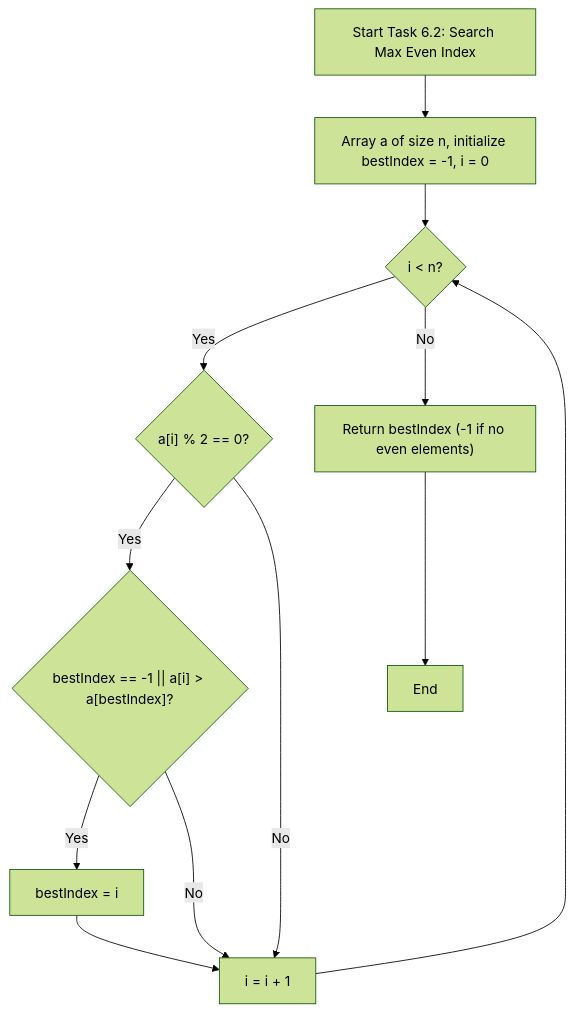
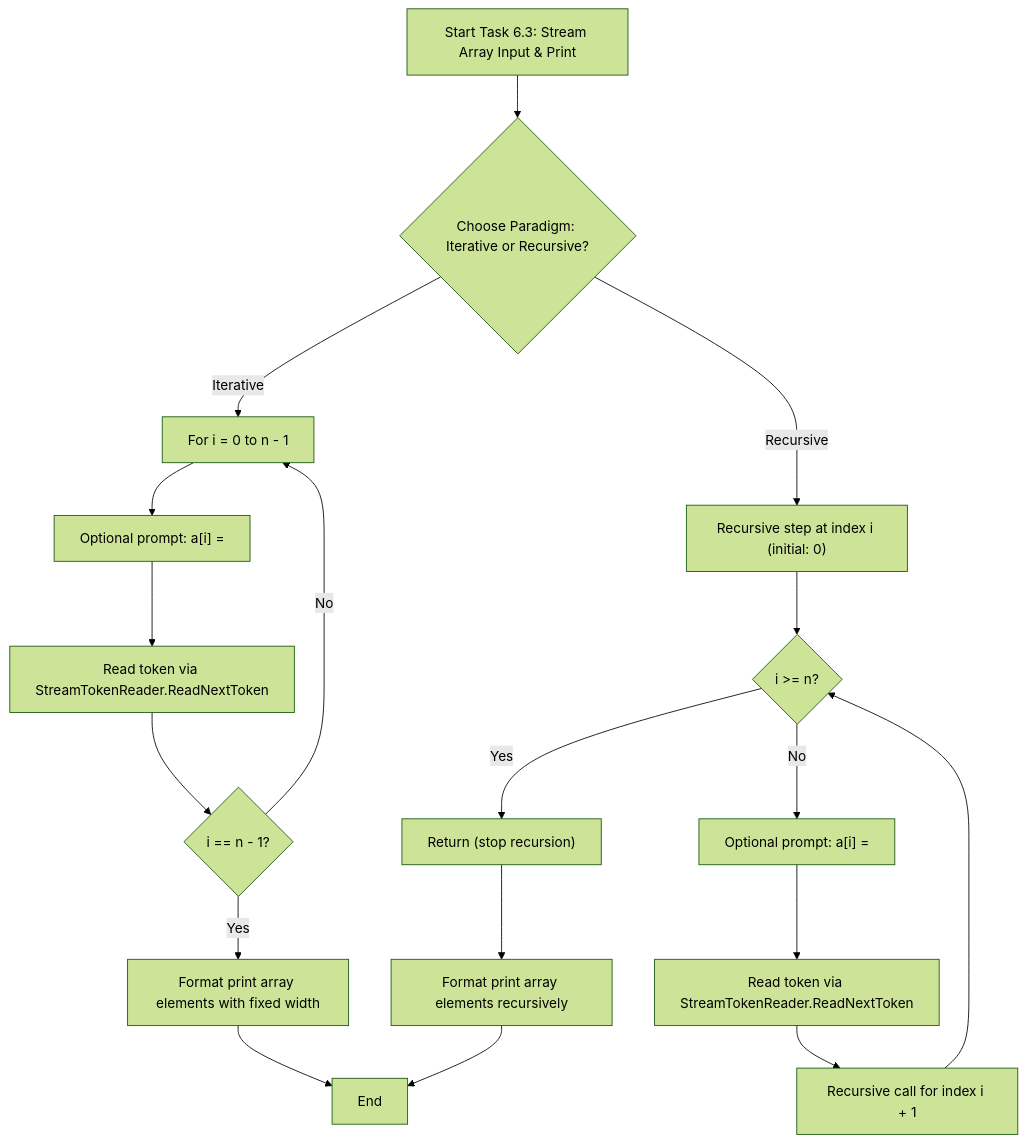
The first of 3 diagrams in Lb6/README.md (lviv-polytech/alg-cs-labs), drawn with Mermaid (forest theme) before and after one commit. The commit also changed other lines of this file and 4 other files, not shown here.

Commit message:
feat(lab-06): implement task 6.3 array input and format printing via ordinary and generic methods

````diff
--- a/Lb6/README.md
+++ b/Lb6/README.md
@@ -46,14 +52,23 @@
 ```mermaid
 flowchart TD
-    Start["Start Task 6.2: Search Max Even Index"] --> Input["Array a of size n, initialize bestIndex = -1, i = 0"]
-    Input --> CheckEnd{"i < n?"}
-    CheckEnd -- "Yes" --> CheckEven{"a[i] % 2 == 0?"}
-    CheckEven -- "Yes" --> Compare{"bestIndex == -1 || a[i] > a[bestIndex]?"}
-    Compare -- "Yes" --> UpdateBest["bestIndex = i"]
-    Compare -- "No" --> NextStep["i = i + 1"]
-    CheckEven -- "No" --> NextStep
-    UpdateBest --> NextStep
-    NextStep --> CheckEnd
-    CheckEnd -- "No" --> Result["Return bestIndex (-1 if no even elements)"]
-    Result --> Finish["End"]
+    Start["Start Task 6.3: Stream Array Input & Print"] --> ChooseMode{"Choose Paradigm: Iterative or Recursive?"}
+    
+    ChooseMode -- "Iterative" --> ItLoop["For i = 0 to n - 1"]
+    ItLoop --> ItPrompt["Optional prompt: a[i] = "]
+    ItPrompt --> ItRead["Read token via StreamTokenReader.ReadNextToken"]
+    ItRead --> ItCheck{"i == n - 1?"}
+    ItCheck -- "No" --> ItLoop
+    ItCheck -- "Yes" --> ItPrint["Format print array elements with fixed width"]
+    
+    ChooseMode -- "Recursive" --> RecCall["Recursive step at index i (initial: 0)"]
+    RecCall --> BaseCase{"i >= n?"}
+    BaseCase -- "Yes" --> Terminate["Return (stop recursion)"]
+    BaseCase -- "No" --> RecPrompt["Optional prompt: a[i] = "]
+    RecPrompt --> RecRead["Read token via StreamTokenReader.ReadNextToken"]
+    RecRead --> RecNext["Recursive call for index i + 1"]
+    RecNext --> BaseCase
+    
+    ItPrint --> Finish["End"]
+    Terminate --> RecPrint["Format print array elements recursively"]
+    RecPrint --> Finish
 ```
````
